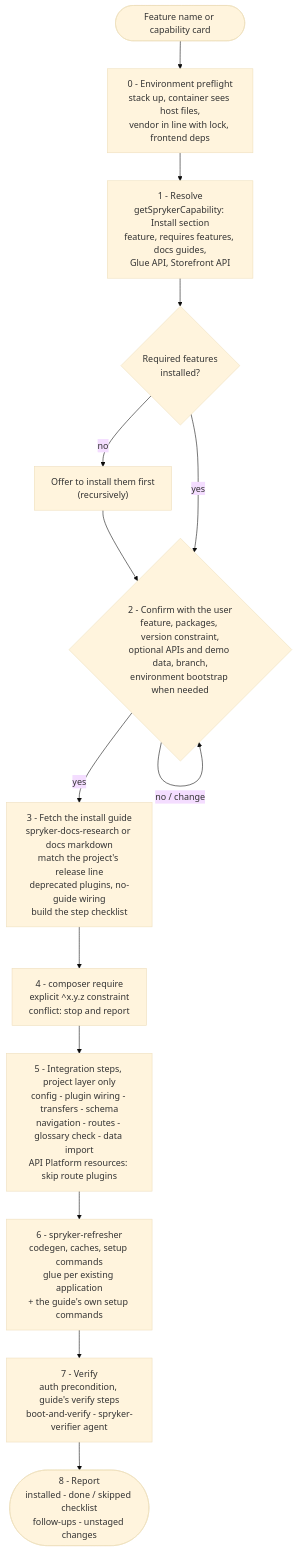
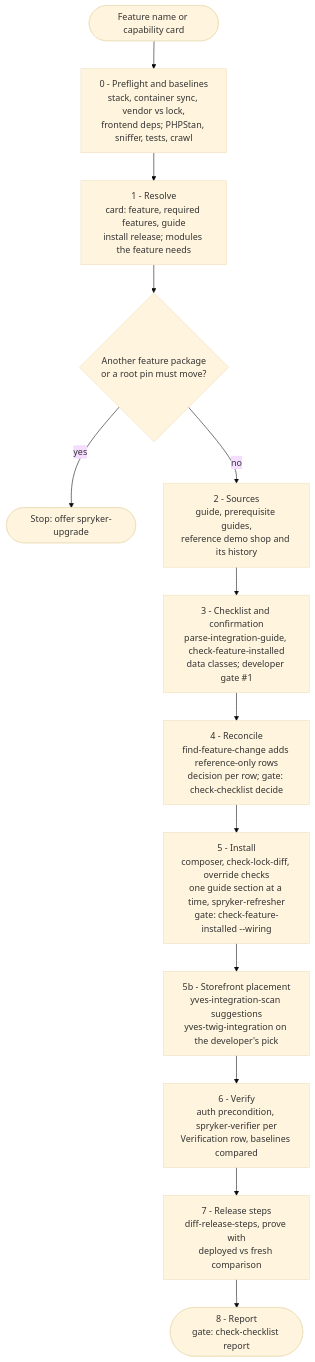
One commit to spryker-sdk/ai-dev changed the diagram in plugins/spryker-ai-dev-sdk/skills/spryker-feature-install/README.md. Above: the diagram before and after it, drawn with Mermaid (base theme). The commit also changed other lines of this file and 21 other files, not shown here.

First line of the commit message:
Add checklist engine, reconcile and release steps to spryker-feature-install

````diff
--- a/plugins/spryker-ai-dev-sdk/skills/spryker-feature-install/README.md
+++ b/plugins/spryker-ai-dev-sdk/skills/spryker-feature-install/README.md
@@ -13,15 +21,15 @@
 ```mermaid
 flowchart TD
-    A([Feature name or capability card]) --> P0["0 - Environment preflight<br/>stack up, container sees host files,<br/>vendor in line with lock, frontend deps"] --> B["1 - Resolve<br/>getSprykerCapability: Install section<br/>feature, requires features, docs guides,<br/>Glue API, Storefront API"]
-    B --> RQ{"Required features<br/>installed?"}
-    RQ -- "no" --> RQ1["Offer to install them first<br/>(recursively)"] --> C
-    RQ -- "yes" --> C
-    C{"2 - Confirm with the user<br/>feature, packages, version constraint,<br/>optional APIs and demo data, branch,<br/>environment bootstrap when needed"}
-    C -- "no / change" --> C
-    C -- "yes" --> D["3 - Fetch the install guide<br/>spryker-docs-research or docs markdown<br/>match the project's release line<br/>deprecated plugins, no-guide wiring<br/>build the step checklist"]
-    D --> E["4 - composer require<br/>explicit ^x.y.z constraint<br/>conflict: stop and report"]
-    E --> F["5 - Integration steps, project layer only<br/>config - plugin wiring - transfers - schema<br/>navigation - routes - glossary check - data import<br/>API Platform resources: skip route plugins"]
-    F --> G["6 - spryker-refresher<br/>codegen, caches, setup commands<br/>glue per existing application<br/>+ the guide's own setup commands"]
-    G --> H["7 - Verify<br/>auth precondition, guide's verify steps<br/>boot-and-verify - spryker-verifier agent"]
-    H --> R(["8 - Report<br/>installed - done / skipped checklist<br/>follow-ups - unstaged changes"])
+    A([Feature name or capability card]) --> P0["0 - Preflight and baselines<br/>stack, container sync, vendor vs lock,<br/>frontend deps; PHPStan, sniffer, tests, crawl"]
+    P0 --> B["1 - Resolve<br/>card: feature, required features, guide<br/>install release; modules the feature needs"]
+    B --> UP{"Another feature package<br/>or a root pin must move?"}
+    UP -- "yes" --> X(["Stop: offer spryker-upgrade"])
+    UP -- "no" --> S["2 - Sources<br/>guide, prerequisite guides,<br/>reference demo shop and its history"]
+    S --> C["3 - Checklist and confirmation<br/>parse-integration-guide, check-feature-installed<br/>data classes; developer gate #1"]
+    C --> R["4 - Reconcile<br/>find-feature-change adds reference-only rows<br/>decision per row; gate: check-checklist decide"]
+    R --> I["5 - Install<br/>composer, check-lock-diff, override checks<br/>one guide section at a time, spryker-refresher<br/>gate: check-feature-installed --wiring"]
+    I --> Y["5b - Storefront placement<br/>yves-integration-scan suggestions<br/>yves-twig-integration on the developer's pick"]
+    Y --> V["6 - Verify<br/>auth precondition, spryker-verifier per<br/>Verification row, baselines compared"]
+    V --> RS["7 - Release steps<br/>diff-release-steps, prove with<br/>deployed vs fresh comparison"]
+    RS --> RP(["8 - Report<br/>gate: check-checklist report"])
 ```
````
